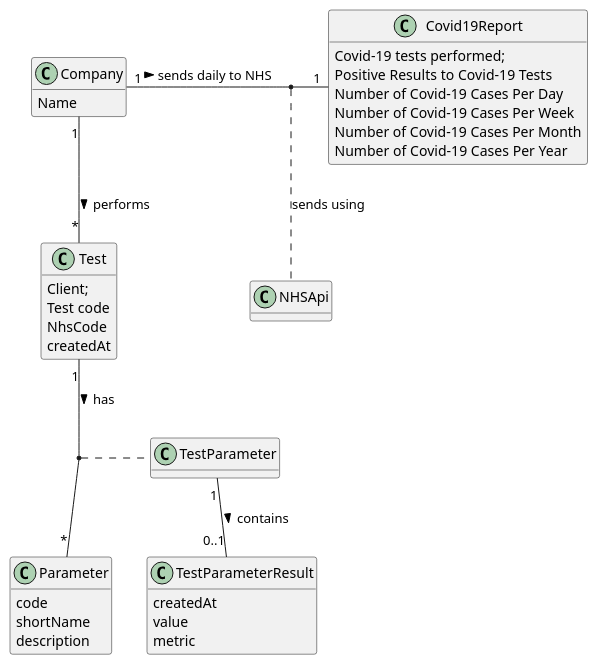
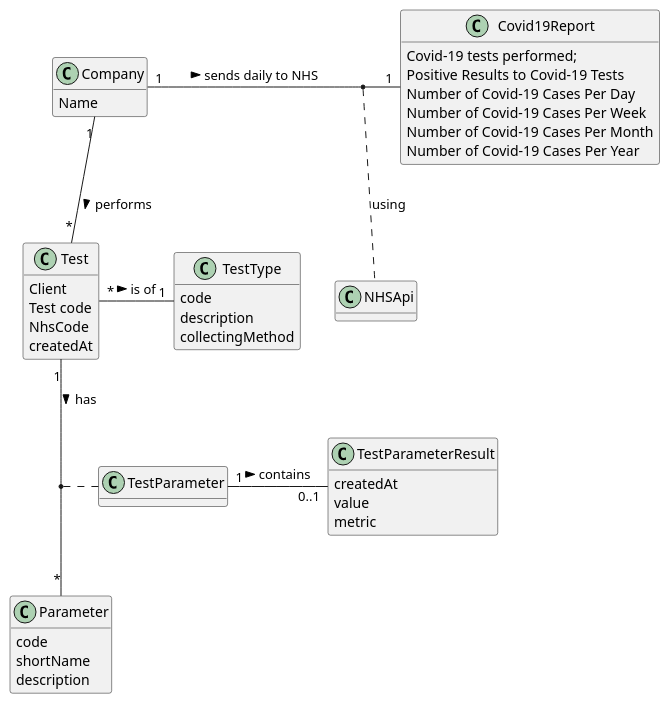
Before and after one commit to MarianaCLages/LAPR2: the diagram in docs/SprintD/US19/US19_DM.puml, drawn with PlantUML. The commit also changed 17 other files, not shown here.

```diff
--- a/docs/SprintD/US19/US19_DM.puml
+++ b/docs/SprintD/US19/US19_DM.puml
@@ -1,49 +1,56 @@
 @startuml
 'https://plantuml.com/use-case-diagram
 hide methods
 
 class Company{
 Name
 }
 
 class Covid19Report{
 Covid-19 tests performed;
 Positive Results to Covid-19 Tests
 Number of Covid-19 Cases Per Day
 Number of Covid-19 Cases Per Week
 Number of Covid-19 Cases Per Month
 Number of Covid-19 Cases Per Year
 }
 
+class TestType{
+code
+description
+collectingMethod
+}
+
 class Test{
-Client;
+Client
 Test code
 NhsCode
 createdAt
 }
 
 class TestParameterResult{
 createdAt
 value
 metric
 }
 
 class TestParameter{
 }
 
 class Parameter{
 code
 shortName
 description
 }
 
 
 Company "1" - "1" Covid19Report : sends daily to NHS >
 Test "1" -- "*" Parameter : has >
-TestParameter "1" -- "0..1" TestParameterResult: contains >
+Test "*" - "1" TestType: is of >
+TestParameter "1" - "0..1" TestParameterResult: contains >
 (Test, Parameter) .. TestParameter
 Company "1" -- "*" Test: performs >
-(Company, Covid19Report) .. NHSApi: sends using
+(Company, Covid19Report) .. NHSApi: using
 
 
 @enduml
```
